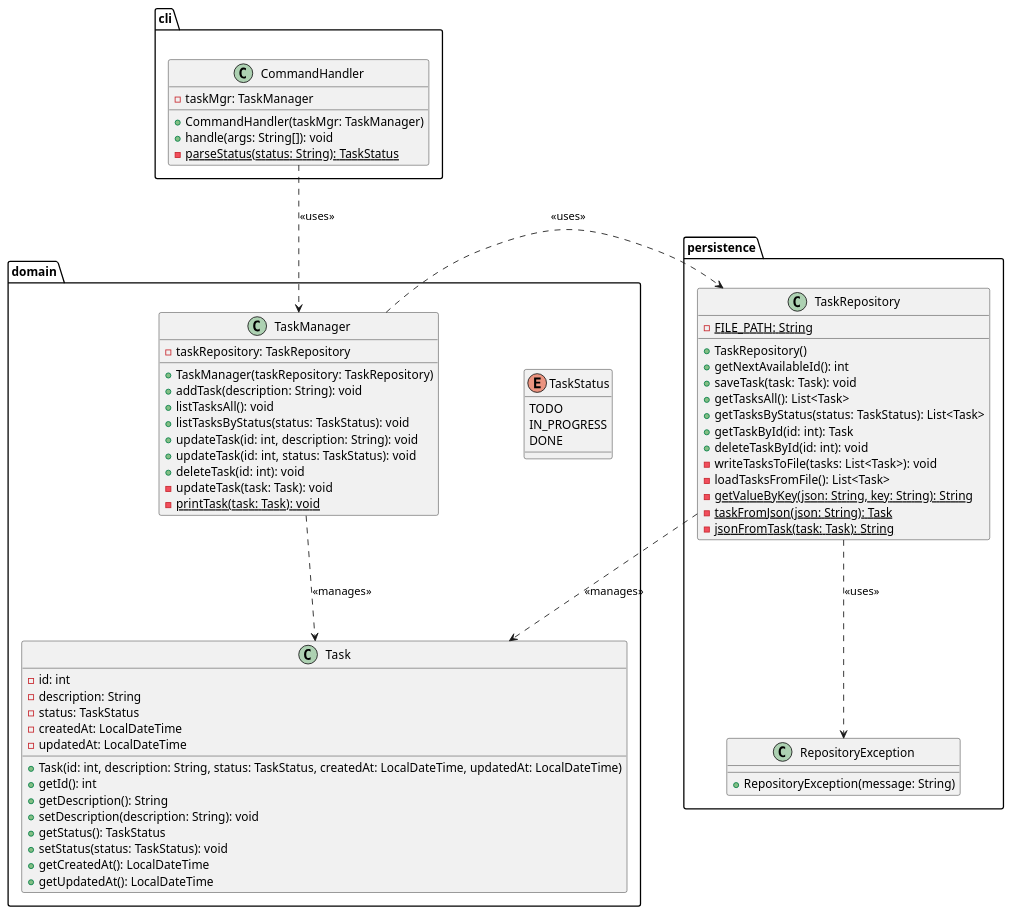
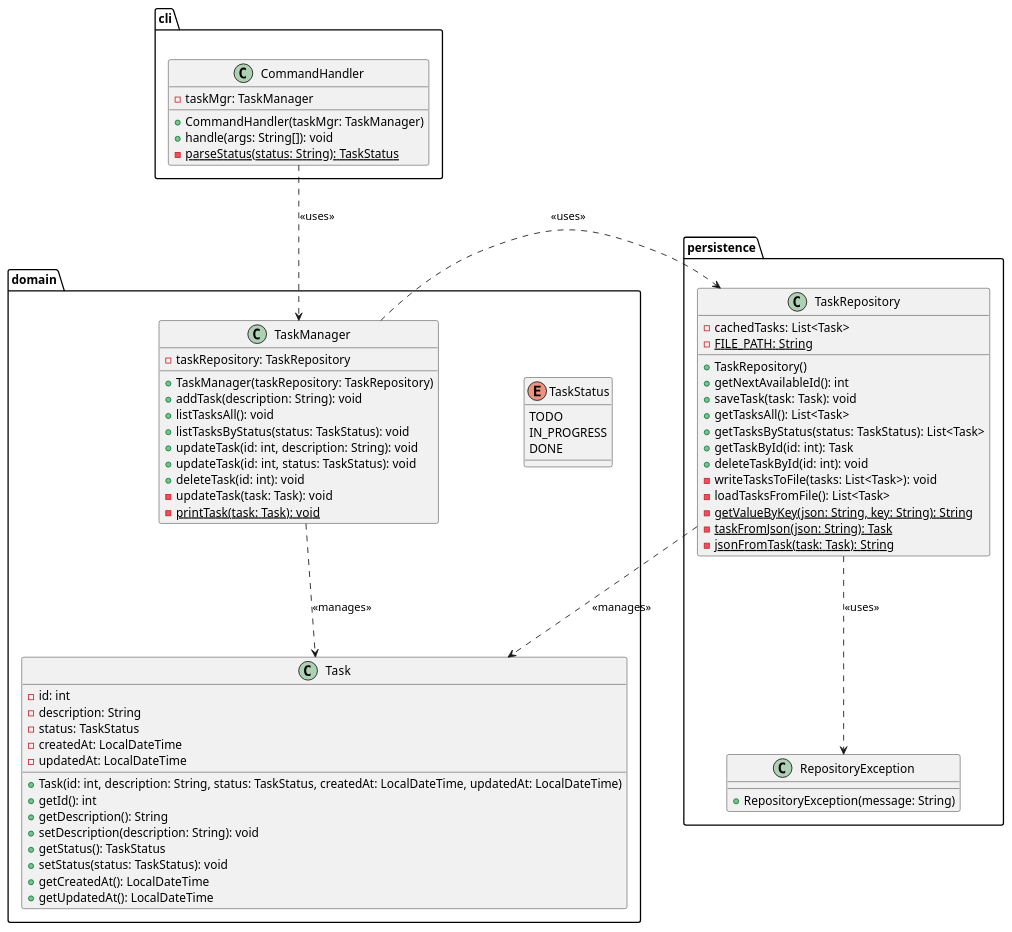
The diagram in uml/uml.puml (mmistika/task-cli), drawn with PlantUML before and after one commit. The commit also changed 1 other file, not shown here.

Commit message:
docs: update UML diagram to reflect caching changes

```diff
--- a/uml/uml.puml
+++ b/uml/uml.puml
@@ -1,80 +1,81 @@
 @startuml
 
 skinparam ranksep 100
 skinparam nodesep 100
 
 package "cli" {
     class CommandHandler {
         - taskMgr: TaskManager
         + CommandHandler(taskMgr: TaskManager)
         + handle(args: String[]): void
         - {static} parseStatus(status: String): TaskStatus
     }
 }
 
 package "domain" {
     enum TaskStatus {
         TODO
         IN_PROGRESS
         DONE
     }
 
     class Task {
         - id: int
         - description: String
         - status: TaskStatus
         - createdAt: LocalDateTime
         - updatedAt: LocalDateTime
         + Task(id: int, description: String, status: TaskStatus, createdAt: LocalDateTime, updatedAt: LocalDateTime)
         + getId(): int
         + getDescription(): String
         + setDescription(description: String): void
         + getStatus(): TaskStatus
         + setStatus(status: TaskStatus): void
         + getCreatedAt(): LocalDateTime
         + getUpdatedAt(): LocalDateTime
     }
 
     class TaskManager {
         - taskRepository: TaskRepository
         + TaskManager(taskRepository: TaskRepository)
         + addTask(description: String): void
         + listTasksAll(): void
         + listTasksByStatus(status: TaskStatus): void
         + updateTask(id: int, description: String): void
         + updateTask(id: int, status: TaskStatus): void
         + deleteTask(id: int): void
         - updateTask(task: Task): void
         - {static} printTask(task: Task): void
     }
 }
 
 package "persistence" {
     class TaskRepository {
+        - cachedTasks: List<Task>
         - {static} FILE_PATH: String
         + TaskRepository()
         + getNextAvailableId(): int
         + saveTask(task: Task): void
         + getTasksAll(): List<Task>
         + getTasksByStatus(status: TaskStatus): List<Task>
         + getTaskById(id: int): Task
         + deleteTaskById(id: int): void
         - writeTasksToFile(tasks: List<Task>): void
         - loadTasksFromFile(): List<Task>
         - {static} getValueByKey(json: String, key: String): String
         - {static} taskFromJson(json: String): Task
         - {static} jsonFromTask(task: Task): String
     }
 
     class RepositoryException {
         + RepositoryException(message: String)
     }
 }
 
 CommandHandler ..> TaskManager : <<uses>>
 TaskManager ..> Task : <<manages>>
 TaskManager ..> TaskRepository : <<uses>>
 TaskRepository ..> Task : <<manages>>
 TaskRepository ..> RepositoryException: <<uses>>
 
 @enduml
```
